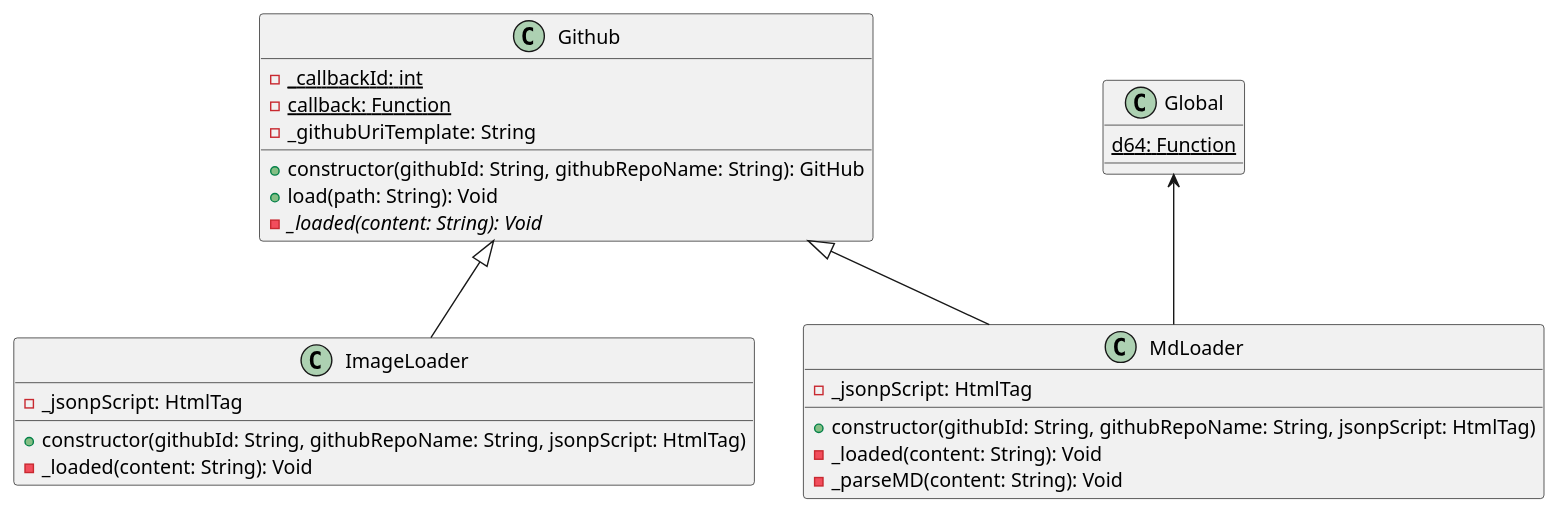
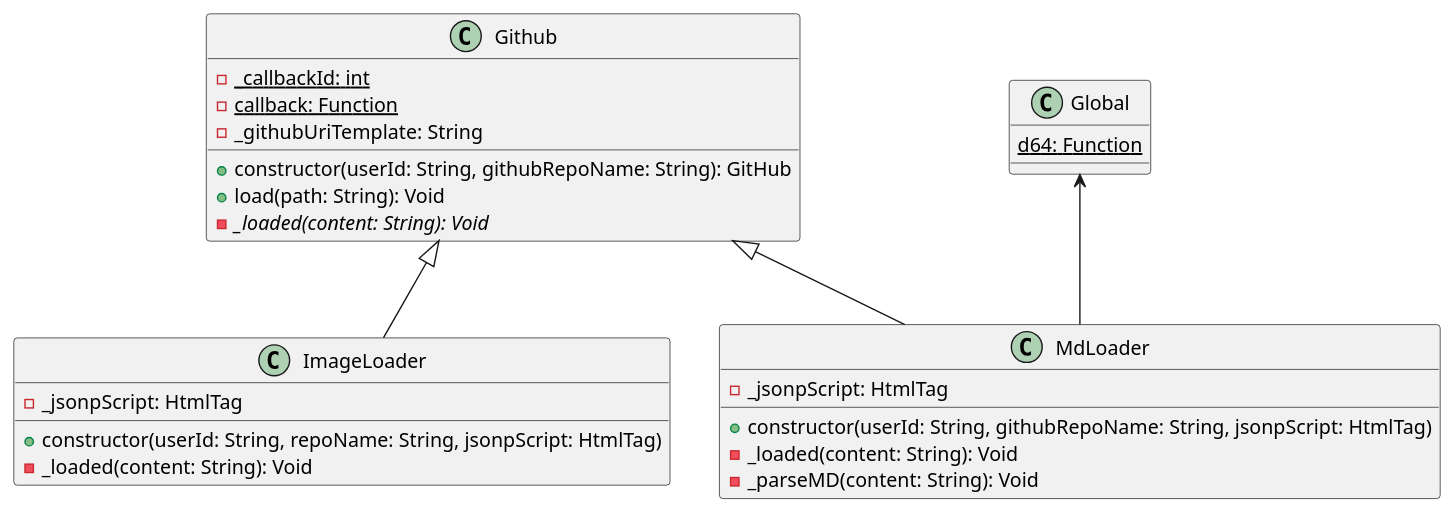
The first of 8 diagrams in src/main/resources/codespitz79/designpattern/day02/day02.adoc (expert0226/codespitz), drawn with PlantUML before and after one commit. The commit also changed other lines of this file and 4 other files, not shown here.

```diff
--- a/src/main/resources/codespitz79/designpattern/day02/day02.adoc
+++ b/src/main/resources/codespitz79/designpattern/day02/day02.adoc
@@ -67,32 +67,32 @@
 [plantuml, templatePattern_class, png]
 .....
 Github <|-- ImageLoader
 Github <|-- MdLoader
 Global <-- MdLoader
 
 class Global {
     {static} d64: Function
 }
 
 class Github {
     - {static} _callbackId: int
     - {static} callback: Function
     - _githubUriTemplate: String
-    + constructor(githubId: String, githubRepoName: String): GitHub
+    + constructor(userId: String, githubRepoName: String): GitHub
     + load(path: String): Void
     - {abstract} _loaded(content: String): Void
 }
 
 class ImageLoader {
     - _jsonpScript: HtmlTag
-    + constructor(githubId: String, githubRepoName: String, jsonpScript: HtmlTag)
+    + constructor(userId: String, repoName: String, jsonpScript: HtmlTag)
     - _loaded(content: String): Void
 }
 
 class MdLoader {
     - _jsonpScript: HtmlTag
-    + constructor(githubId: String, githubRepoName: String, jsonpScript: HtmlTag)
+    + constructor(userId: String, githubRepoName: String, jsonpScript: HtmlTag)
     - _loaded(content: String): Void
     - _parseMD(content: String): Void
 }
 .....
```
